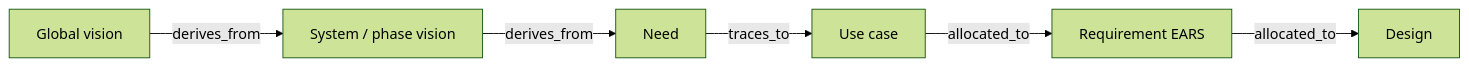
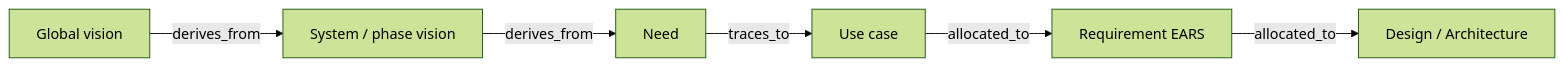
One commit to TomRathbun/ciss_se_capstone changed the diagram in content/modules/se-01-what-is-se.md. Above: the diagram before and after it, drawn with Mermaid (forest theme). The commit also changed other lines of this file, not shown here.

Commit message:
se-01: align early vs full derivation chain with se-00; clarify Design comes later

````diff
--- a/content/modules/se-01-what-is-se.md
+++ b/content/modules/se-01-what-is-se.md
@@ -58,8 +86,8 @@
 ```mermaid
 flowchart LR
     GV[Global vision] -->|derives_from| V[System / phase vision]
     V -->|derives_from| N[Need]
     N -->|traces_to| U[Use case]
     U -->|allocated_to| R[Requirement EARS]
-    R -->|allocated_to| D[Design]
+    R -->|allocated_to| D[Design / Architecture]
 ```
````
